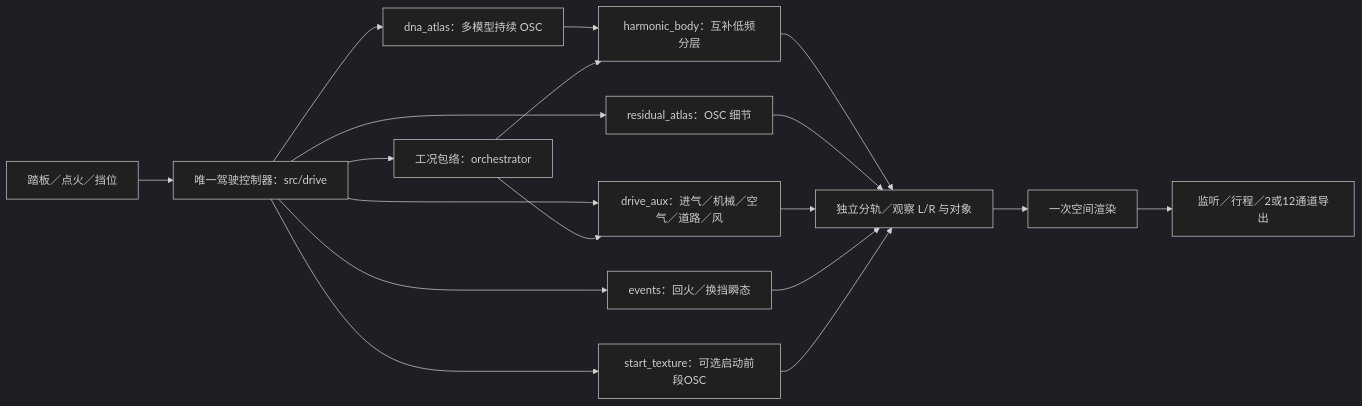
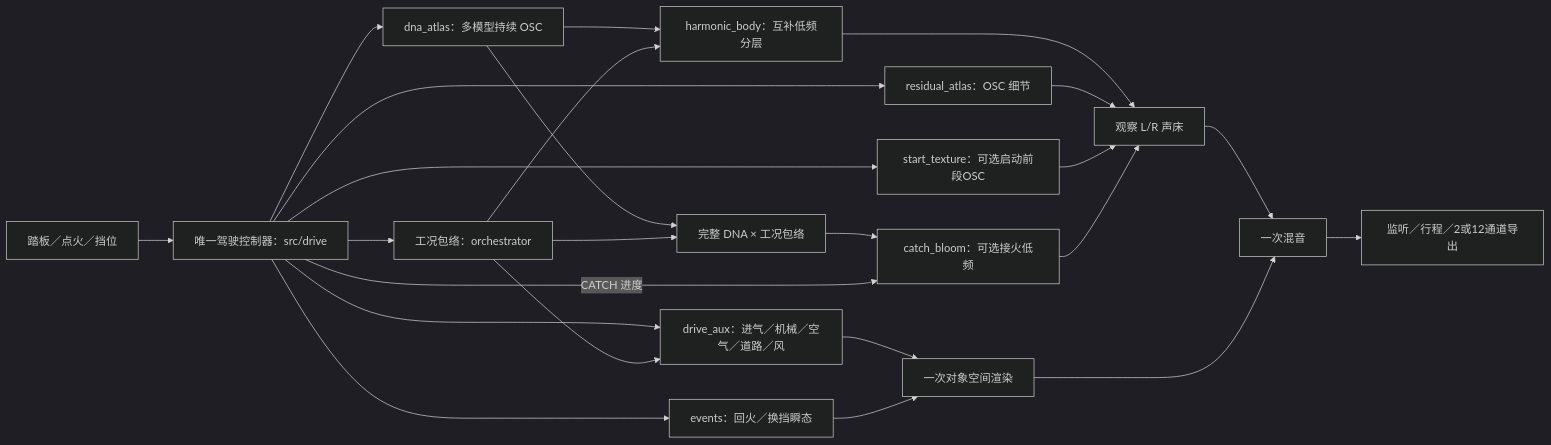
Before and after one commit to Kidrage/VehicleSoundLab: the diagram in handoff/算法说明.md, drawn with Mermaid (dark theme). The commit also changed other lines of this file and 52 other files, not shown here.

````diff
--- a/handoff/算法说明.md
+++ b/handoff/算法说明.md
@@ -17,20 +13,26 @@
 ```mermaid
 flowchart LR
     UI[踏板／点火／挡位] --> CTRL[唯一驾驶控制器：src/drive]
     CTRL --> ENV[工况包络：orchestrator]
     CTRL --> DNA[dna_atlas：多模型持续 OSC]
     DNA --> BODY[harmonic_body：互补低频分层]
     CTRL --> DETAIL[residual_atlas：OSC 细节]
     CTRL --> AUX[drive_aux：进气／机械／空气／道路／风]
     CTRL --> EVT[events：回火／换挡瞬态]
     CTRL --> START[start_texture：可选启动前段OSC]
+    DNA --> FULL[完整 DNA × 工况包络]
+    ENV --> FULL
+    FULL --> CATCH[catch_bloom：可选接火低频]
+    CTRL -->|CATCH 进度| CATCH
     ENV --> BODY
     ENV --> AUX
-    BODY --> BUS[独立分轨／观察 L/R 与对象]
+    BODY --> BUS[观察 L/R 声床]
     DETAIL --> BUS
-    AUX --> BUS
-    EVT --> BUS
+    AUX --> SPACE[一次对象空间渲染]
+    EVT --> SPACE
     START --> BUS
-    BUS --> SPACE[一次空间渲染]
-    SPACE --> HOST[监听／行程／2或12通道导出]
+    CATCH --> BUS
+    BUS --> MIX[一次混音]
+    SPACE --> MIX
+    MIX --> HOST[监听／行程／2或12通道导出]
 ```
````
